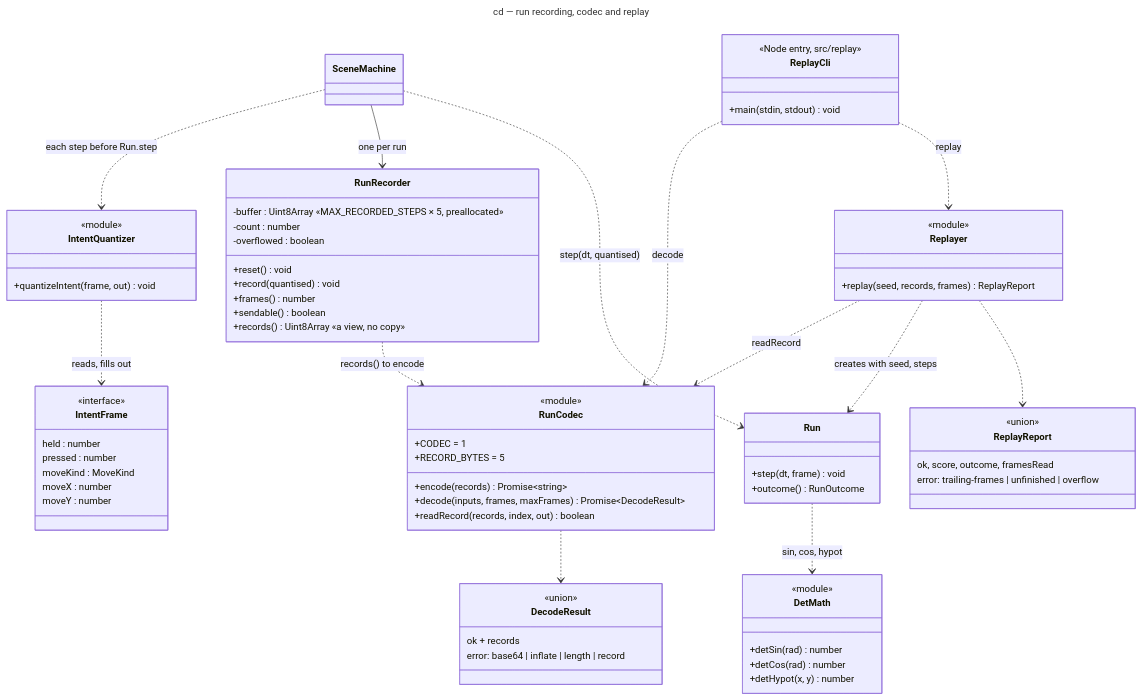
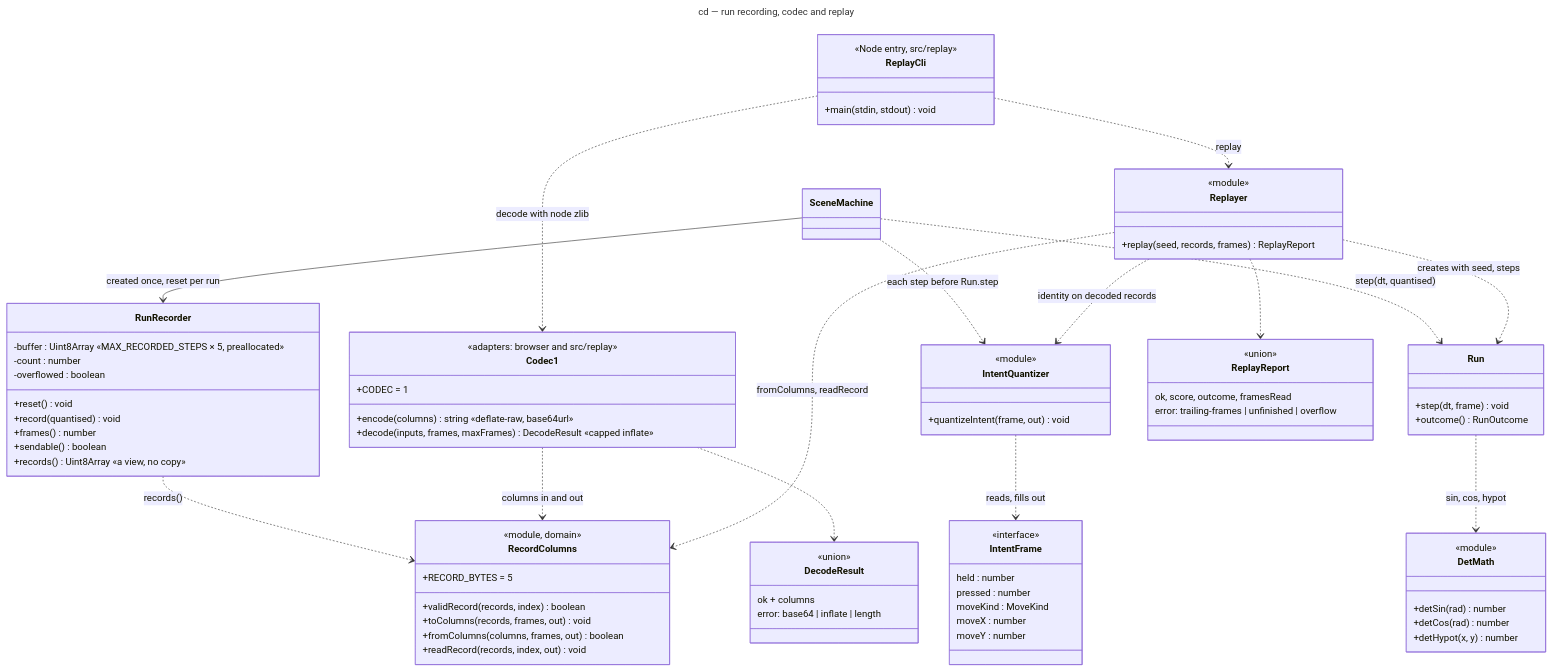
Before and after one commit to benoit-bremaud/retro-shmup: the diagram in docs/architecture/diagrams/gameplay/04-class-run-recording.md, drawn with Mermaid. The commit also changed other lines of this file and 17 other files, not shown here.

````diff
--- a/docs/architecture/diagrams/gameplay/04-class-run-recording.md
+++ b/docs/architecture/diagrams/gameplay/04-class-run-recording.md
@@ -41,18 +41,24 @@
     +sendable() boolean
     +records() Uint8Array «a view, no copy»
   }
-  class RunCodec {
-    <<module>>
+  class RecordColumns {
+    <<module, domain>>
+    +RECORD_BYTES = 5
+    +validRecord(records, index) boolean
+    +toColumns(records, frames, out) void
+    +fromColumns(columns, frames, out) boolean
+    +readRecord(records, index, out) void
+  }
+  class Codec1 {
+    <<adapters: browser and src/replay>>
     +CODEC = 1
-    +RECORD_BYTES = 5
-    +encode(records) Promise~string~
-    +decode(inputs, frames, maxFrames) Promise~DecodeResult~
-    +readRecord(records, index, out) boolean
+    +encode(columns) string «deflate-raw, base64url»
+    +decode(inputs, frames, maxFrames) DecodeResult «capped inflate»
   }
   class DecodeResult {
     <<union>>
-    ok + records
-    error: base64 | inflate | length | record
+    ok + columns
+    error: base64 | inflate | length
   }
   class DetMath {
     <<module>>
@@ -80,15 +86,17 @@
   class SceneMachine
 
   SceneMachine ..> IntentQuantizer : each step before Run.step
-  SceneMachine --> RunRecorder : one per run
+  SceneMachine --> RunRecorder : created once, reset per run
   SceneMachine ..> Run : step(dt, quantised)
   IntentQuantizer ..> IntentFrame : reads, fills out
-  RunRecorder ..> RunCodec : records() to encode
+  RunRecorder ..> RecordColumns : records()
+  Codec1 ..> RecordColumns : columns in and out
   Run ..> DetMath : sin, cos, hypot
-  Replayer ..> RunCodec : readRecord
+  Replayer ..> RecordColumns : fromColumns, readRecord
+  Replayer ..> IntentQuantizer : identity on decoded records
   Replayer ..> Run : creates with seed, steps
-  ReplayCli ..> RunCodec : decode
+  ReplayCli ..> Codec1 : decode with node zlib
   ReplayCli ..> Replayer : replay
-  RunCodec ..> DecodeResult
+  Codec1 ..> DecodeResult
   Replayer ..> ReplayReport
 ```
````
